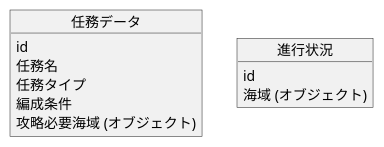
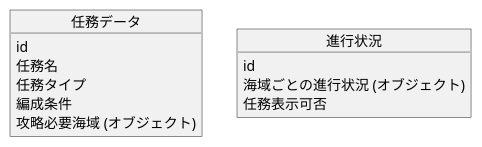
The diagram in Document/Domain.puml (paranoiaoops/KankoreMissionCheckList), drawn with PlantUML before and after one commit. The commit also changed 1 other file, not shown here.

```diff
--- a/Document/Domain.puml
+++ b/Document/Domain.puml
@@ -1,17 +1,18 @@
 @startuml
 
 object 任務データ {
     id
     任務名
     任務タイプ
     編成条件
     攻略必要海域 (オブジェクト)
 }
 
 object 進行状況 {
     id
-    海域 (オブジェクト)
+    海域ごとの進行状況 (オブジェクト)
+    任務表示可否
 }
 
 
 @enduml
```
